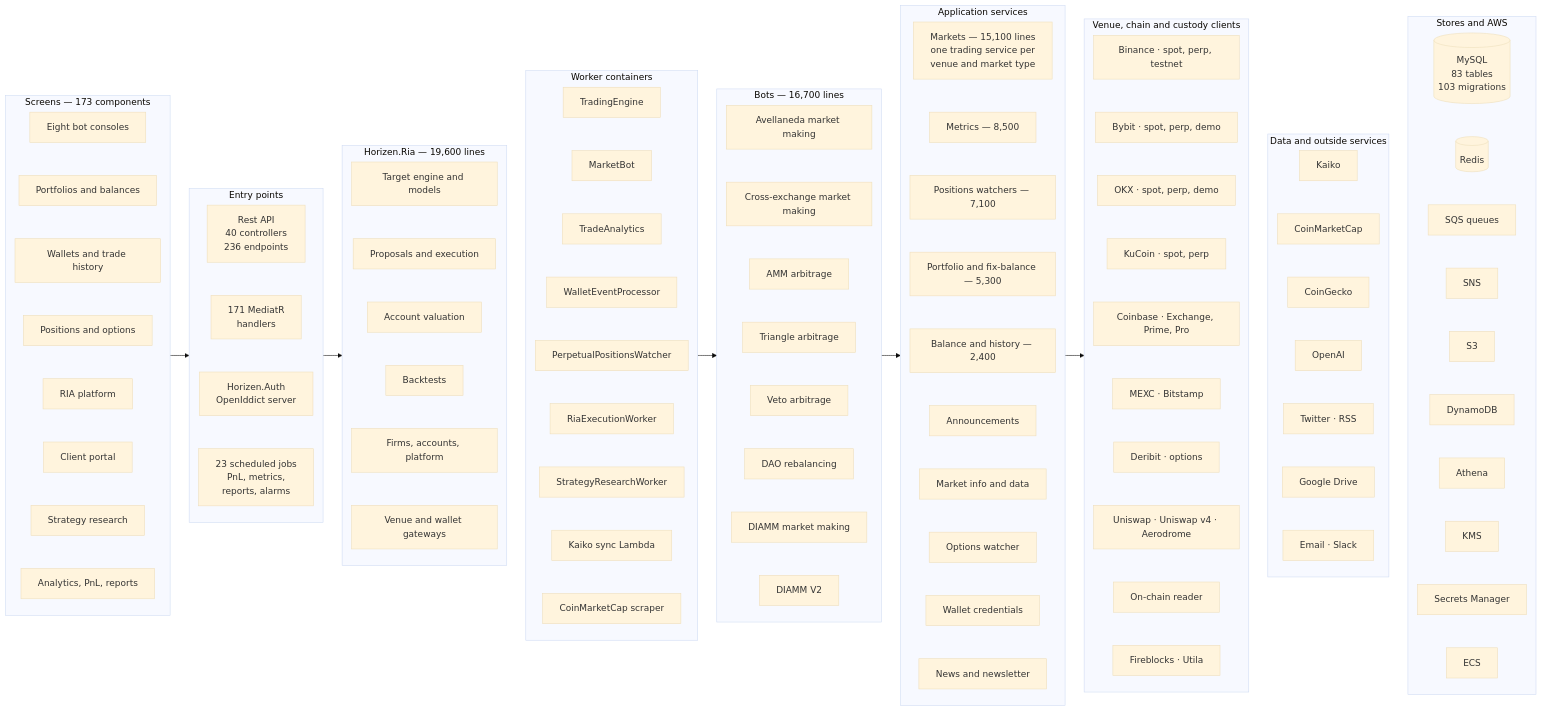
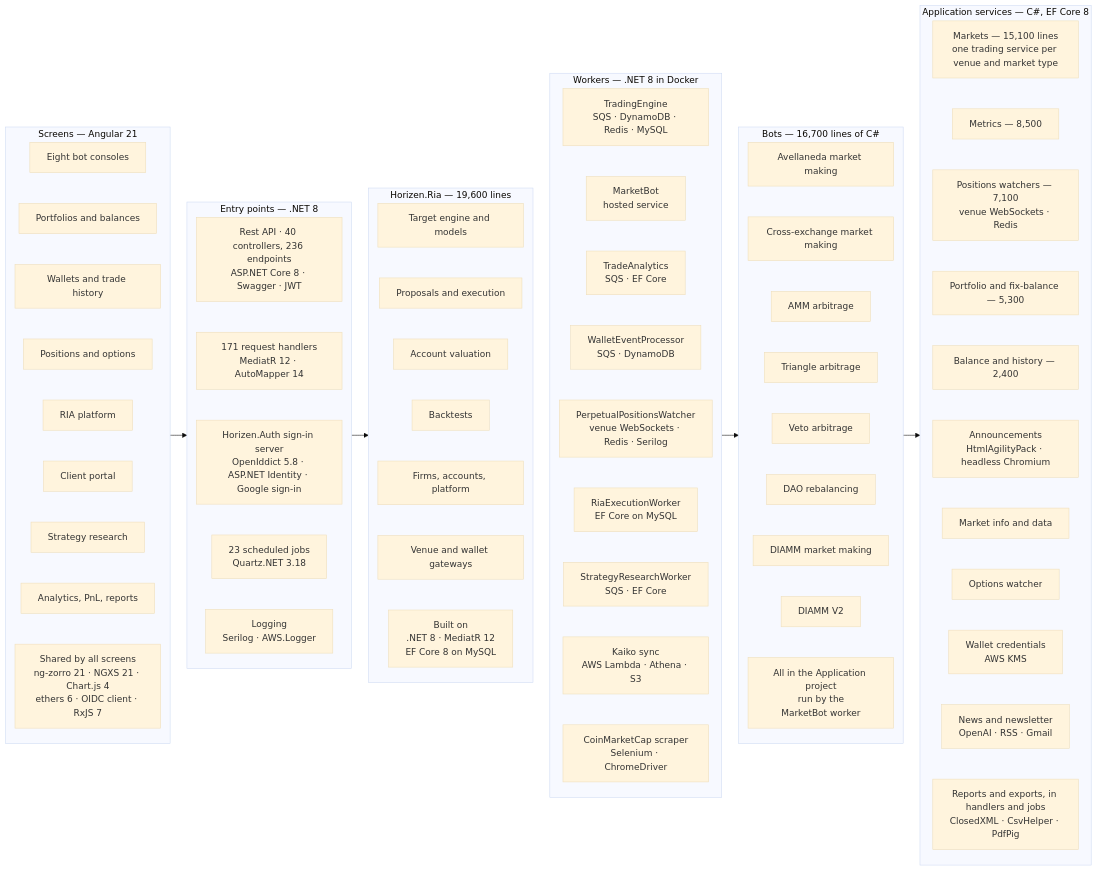
Before and after one commit to ofeknoam83/KatalepsisFT: the first of 7 diagrams in docs/system-architecture.md, drawn with Mermaid (base theme). The commit also changed other lines of this file and 1 other file, not shown here.

````diff
--- a/docs/system-architecture.md
+++ b/docs/system-architecture.md
@@ -22,44 +22,31 @@
 ```mermaid
-%%{init: {"flowchart": {"rankSpacing": 34, "nodeSpacing": 14}}}%%
+%%{init: {"flowchart": {"rankSpacing": 30, "nodeSpacing": 14}}}%%
 flowchart LR
-    subgraph UI["Screens — 173 components"]
+    subgraph UI["Screens — Angular 21"]
         direction TB
-        u1[Eight bot consoles] ~~~ u2[Portfolios and balances] ~~~ u3[Wallets and trade history] ~~~ u4[Positions and options] ~~~ u5[RIA platform] ~~~ u6[Client portal] ~~~ u7[Strategy research] ~~~ u8[Analytics, PnL, reports]
+        u1[Eight bot consoles] ~~~ u2[Portfolios and balances] ~~~ u3[Wallets and trade history] ~~~ u4[Positions and options] ~~~ u5[RIA platform] ~~~ u6[Client portal] ~~~ u7[Strategy research] ~~~ u8[Analytics, PnL, reports] ~~~ u9[Shared by all screens<br/>ng-zorro 21 · NGXS 21 · Chart.js 4<br/>ethers 6 · OIDC client · RxJS 7]
     end
-    subgraph EP["Entry points"]
+    subgraph EP["Entry points — .NET 8"]
         direction TB
-        e1[Rest API<br/>40 controllers<br/>236 endpoints] ~~~ e2[171 MediatR<br/>handlers] ~~~ e3[Horizen.Auth<br/>OpenIddict server] ~~~ e4[23 scheduled jobs<br/>PnL, metrics,<br/>reports, alarms]
-    end
-    subgraph WK["Worker containers"]
-        direction TB
-        w1[TradingEngine] ~~~ w2[MarketBot] ~~~ w3[TradeAnalytics] ~~~ w4[WalletEventProcessor] ~~~ w5[PerpetualPositionsWatcher] ~~~ w6[RiaExecutionWorker] ~~~ w7[StrategyResearchWorker] ~~~ w8[Kaiko sync Lambda] ~~~ w9[CoinMarketCap scraper]
-    end
-    subgraph BOT["Bots — 16,700 lines"]
-        direction TB
-        b1[Avellaneda market making] ~~~ b2[Cross-exchange market making] ~~~ b3[AMM arbitrage] ~~~ b4[Triangle arbitrage] ~~~ b5[Veto arbitrage] ~~~ b6[DAO rebalancing] ~~~ b7[DIAMM market making] ~~~ b8[DIAMM V2]
-    end
-    subgraph SV["Application services"]
-        direction TB
-        s1[Markets — 15,100 lines<br/>one trading service per<br/>venue and market type] ~~~ s2[Metrics — 8,500] ~~~ s3[Positions watchers — 7,100] ~~~ s4[Portfolio and fix-balance — 5,300] ~~~ s5[Balance and history — 2,400] ~~~ s6[Announcements] ~~~ s7[Market info and data] ~~~ s8[Options watcher] ~~~ s9[Wallet credentials] ~~~ s10[News and newsletter]
+        e1[Rest API · 40 controllers, 236 endpoints<br/>ASP.NET Core 8 · Swagger · JWT] ~~~ e2[171 request handlers<br/>MediatR 12 · AutoMapper 14] ~~~ e3[Horizen.Auth sign-in server<br/>OpenIddict 5.8 · ASP.NET Identity · Google sign-in] ~~~ e4[23 scheduled jobs<br/>Quartz.NET 3.18] ~~~ e5[Logging<br/>Serilog · AWS.Logger]
     end
     subgraph RIA["Horizen.Ria — 19,600 lines"]
         direction TB
-        r1[Target engine and models] ~~~ r2[Proposals and execution] ~~~ r3[Account valuation] ~~~ r4[Backtests] ~~~ r5[Firms, accounts, platform] ~~~ r6[Venue and wallet gateways]
+        r1[Target engine and models] ~~~ r2[Proposals and execution] ~~~ r3[Account valuation] ~~~ r4[Backtests] ~~~ r5[Firms, accounts, platform] ~~~ r6[Venue and wallet gateways] ~~~ r7[Built on<br/>.NET 8 · MediatR 12<br/>EF Core 8 on MySQL]
     end
-    subgraph VC["Venue, chain and custody clients"]
+    subgraph WK["Workers — .NET 8 in Docker"]
         direction TB
-        v1[Binance · spot, perp, testnet] ~~~ v2[Bybit · spot, perp, demo] ~~~ v3[OKX · spot, perp, demo] ~~~ v4[KuCoin · spot, perp] ~~~ v5[Coinbase · Exchange, Prime, Pro] ~~~ v6[MEXC · Bitstamp] ~~~ v7[Deribit · options] ~~~ v8[Uniswap · Uniswap v4 · Aerodrome] ~~~ v9[On-chain reader] ~~~ v10[Fireblocks · Utila]
+        w1[TradingEngine<br/>SQS · DynamoDB · Redis · MySQL] ~~~ w2[MarketBot<br/>hosted service] ~~~ w3[TradeAnalytics<br/>SQS · EF Core] ~~~ w4[WalletEventProcessor<br/>SQS · DynamoDB] ~~~ w5[PerpetualPositionsWatcher<br/>venue WebSockets · Redis · Serilog] ~~~ w6[RiaExecutionWorker<br/>EF Core on MySQL] ~~~ w7[StrategyResearchWorker<br/>SQS · EF Core] ~~~ w8[Kaiko sync<br/>AWS Lambda · Athena · S3] ~~~ w9[CoinMarketCap scraper<br/>Selenium · ChromeDriver]
     end
-    subgraph EXT["Data and outside services"]
+    subgraph BOT["Bots — 16,700 lines of C#"]
         direction TB
-        x1[Kaiko] ~~~ x2[CoinMarketCap] ~~~ x3[CoinGecko] ~~~ x4[OpenAI] ~~~ x5[Twitter · RSS] ~~~ x6[Google Drive] ~~~ x7[Email · Slack]
+        b1[Avellaneda market making] ~~~ b2[Cross-exchange market making] ~~~ b3[AMM arbitrage] ~~~ b4[Triangle arbitrage] ~~~ b5[Veto arbitrage] ~~~ b6[DAO rebalancing] ~~~ b7[DIAMM market making] ~~~ b8[DIAMM V2] ~~~ b9[All in the Application project<br/>run by the<br/>MarketBot worker]
     end
-    subgraph ST["Stores and AWS"]
+    subgraph SV["Application services — C#, EF Core 8"]
         direction TB
-        t1[(MySQL<br/>83 tables<br/>103 migrations)] ~~~ t2[(Redis)] ~~~ t3[SQS queues] ~~~ t4[SNS] ~~~ t5[S3] ~~~ t6[DynamoDB] ~~~ t7[Athena] ~~~ t8[KMS] ~~~ t9[Secrets Manager] ~~~ t10[ECS]
+        s1[Markets — 15,100 lines<br/>one trading service per venue and market type] ~~~ s2[Metrics — 8,500] ~~~ s3[Positions watchers — 7,100<br/>venue WebSockets · Redis] ~~~ s4[Portfolio and fix-balance — 5,300] ~~~ s5[Balance and history — 2,400] ~~~ s6[Announcements<br/>HtmlAgilityPack · headless Chromium] ~~~ s7[Market info and data] ~~~ s8[Options watcher] ~~~ s9[Wallet credentials<br/>AWS KMS] ~~~ s10[News and newsletter<br/>OpenAI · RSS · Gmail] ~~~ s11[Reports and exports, in handlers and jobs<br/>ClosedXML · CsvHelper · PdfPig]
     end
     UI --> EP --> RIA
     RIA ~~~ WK
-    WK --> BOT --> SV --> VC
-    VC ~~~ EXT ~~~ ST
+    WK --> BOT --> SV
 ```
````
